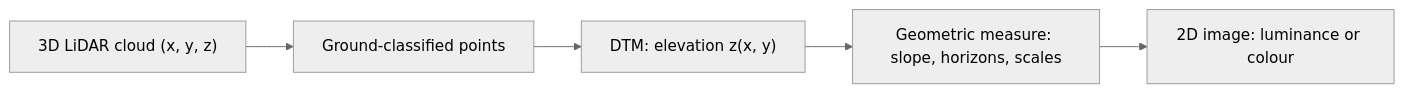
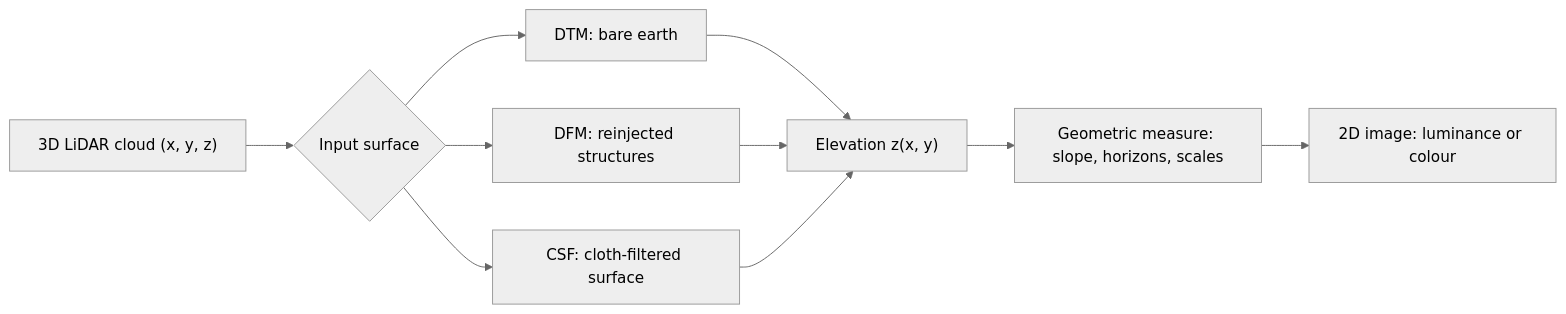
One commit to nico579/lidar2map changed the first of 5 diagrams in docs/shadings.md. Above: the diagram before and after it, drawn with Mermaid (neutral theme). The commit also changed other lines of this file and 1 other file, not shown here.

Commit message:
Elargit le guide des ombrages aux surfaces DFM et CSF

````diff
--- a/docs/shadings.md
+++ b/docs/shadings.md
@@ -20,7 +25,12 @@
 ```mermaid
 flowchart LR
-    P["3D LiDAR cloud (x, y, z)"] --> G[Ground-classified points]
-    G --> Z["DTM: elevation z(x, y)"]
+    P["3D LiDAR cloud (x, y, z)"] --> S{"Input surface"}
+    S --> M["DTM: bare earth"]
+    S --> F["DFM: reinjected structures"]
+    S --> C["CSF: cloth-filtered surface"]
+    M --> Z["Elevation z(x, y)"]
+    F --> Z
+    C --> Z
     Z --> D["Geometric measure: slope, horizons, scales"]
     D --> I["2D image: luminance or colour"]
 ```
````
